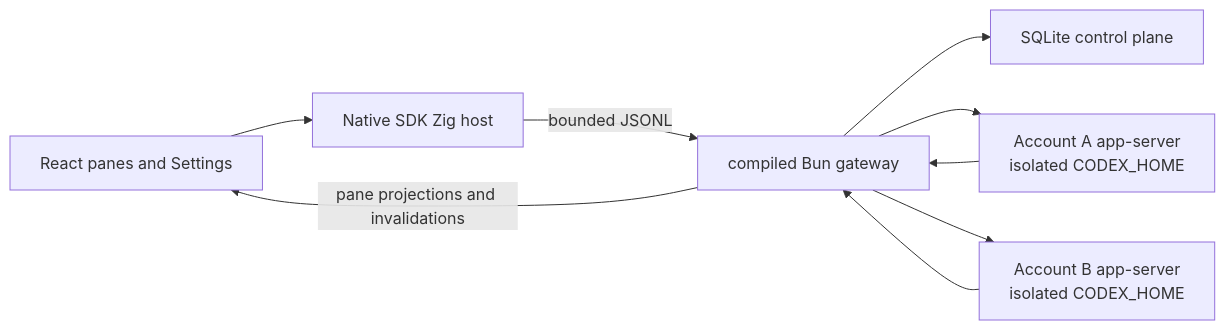
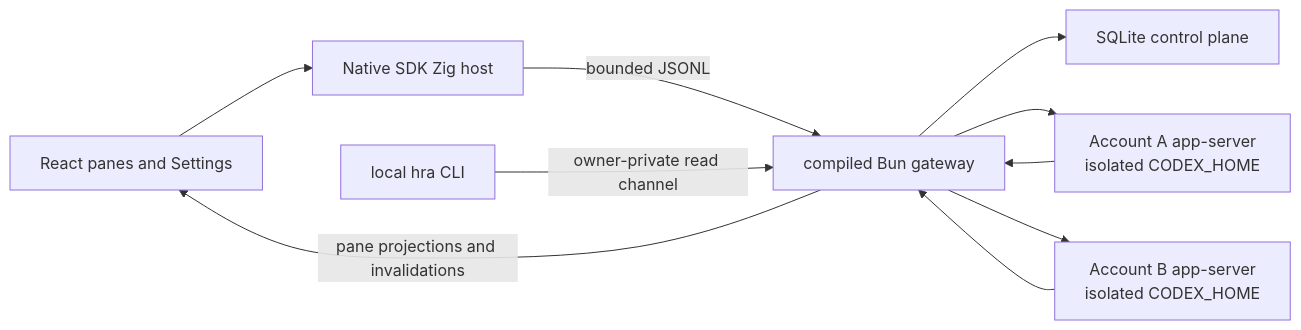
The diagram in apps/desktop/README.md (hraness/hra), drawn with Mermaid before and after one commit. The commit also changed other lines of this file and 116 other files, not shown here.

````diff
--- a/apps/desktop/README.md
+++ b/apps/desktop/README.md
@@ -17,11 +17,12 @@
 ```mermaid
 flowchart LR
     UI["React panes and Settings"] --> Host["Native SDK Zig host"]
     Host -->|"bounded JSONL"| Gateway["compiled Bun gateway"]
+    CLI["local hra CLI"] -->|"owner-private read channel"| Gateway
     Gateway --> DB["SQLite control plane"]
     Gateway --> A["Account A app-server<br/>isolated CODEX_HOME"]
     Gateway --> B["Account B app-server<br/>isolated CODEX_HOME"]
     A --> Gateway
     B --> Gateway
     Gateway -->|"pane projections and invalidations"| UI
 ```
````
